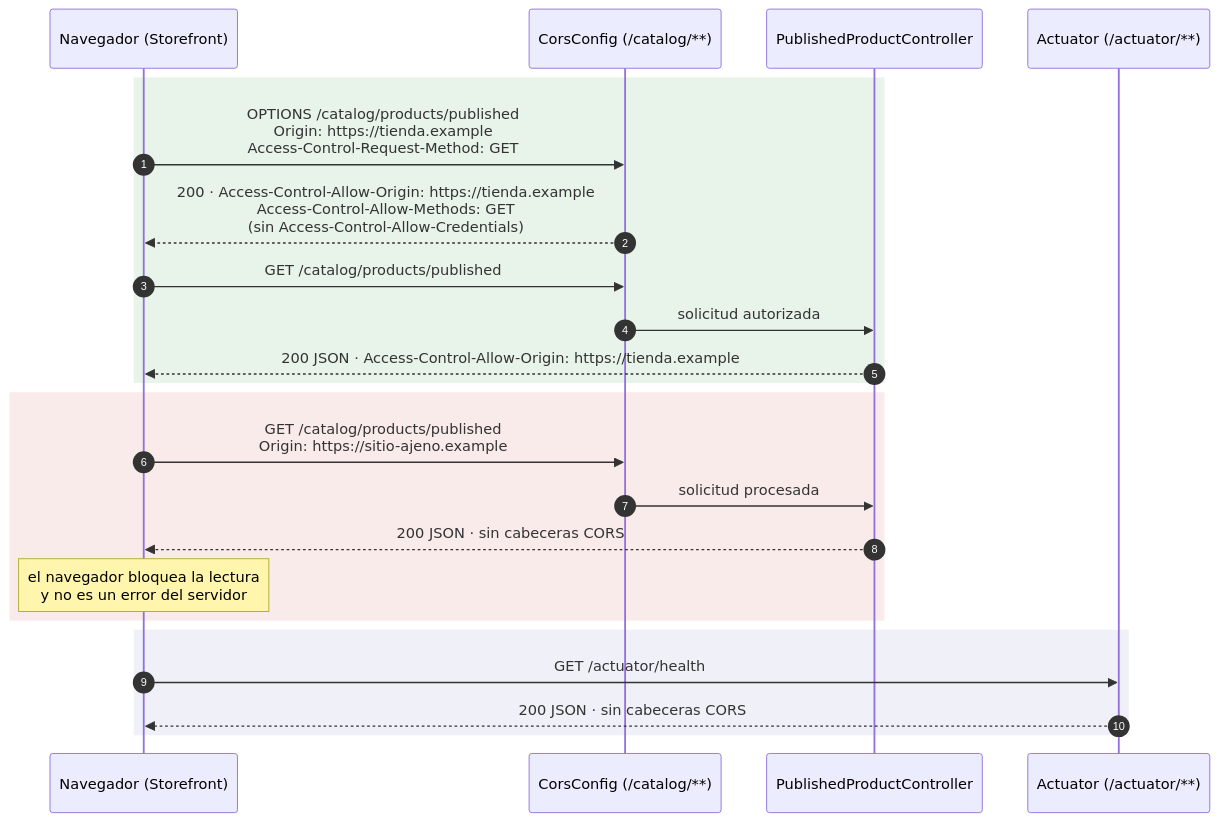
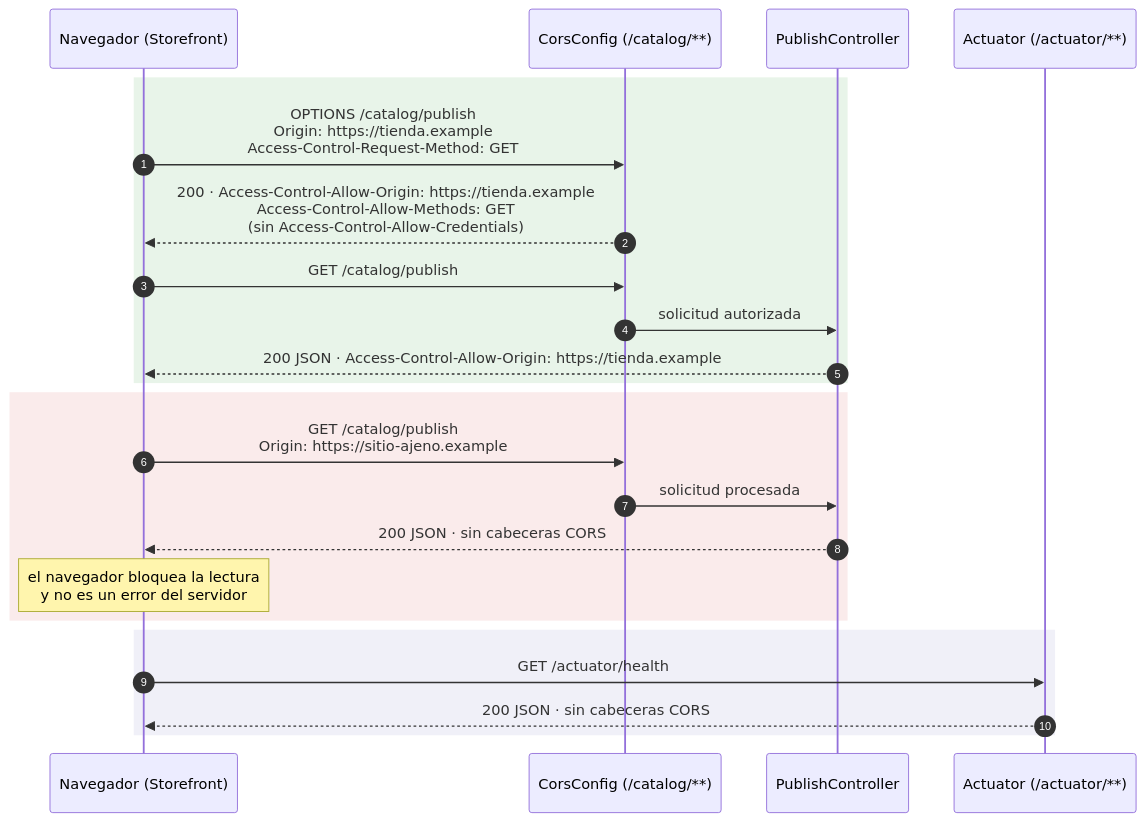
The fourth of 5 diagrams in specs/002-published-products-storefront/uml.md (Dariosoft/fes-catalog-api), drawn with Mermaid before and after one commit. The commit also changed other lines of this file and 12 other files, not shown here.

First line of the commit message:
refactor: publish every controller under the /catalog prefix

````diff
--- a/specs/002-published-products-storefront/uml.md
+++ b/specs/002-published-products-storefront/uml.md
@@ -311,28 +311,28 @@
 ```mermaid
 sequenceDiagram
   autonumber
   participant B as Navegador (Storefront)
   participant CFG as CorsConfig (/catalog/**)
-  participant C as PublishedProductController
+  participant C as PublishController
   participant A as Actuator (/actuator/**)
 
   rect rgb(232, 244, 233)
-    B->>CFG: OPTIONS /catalog/products/published<br/>Origin: https://tienda.example<br/>Access-Control-Request-Method: GET
+    B->>CFG: OPTIONS /catalog/publish<br/>Origin: https://tienda.example<br/>Access-Control-Request-Method: GET
     CFG-->>B: 200 · Access-Control-Allow-Origin: https://tienda.example<br/>Access-Control-Allow-Methods: GET<br/>(sin Access-Control-Allow-Credentials)
-    B->>CFG: GET /catalog/products/published
+    B->>CFG: GET /catalog/publish
     CFG->>C: solicitud autorizada
     C-->>B: 200 JSON · Access-Control-Allow-Origin: https://tienda.example
   end
 
   rect rgb(250, 235, 235)
-    B->>CFG: GET /catalog/products/published<br/>Origin: https://sitio-ajeno.example
+    B->>CFG: GET /catalog/publish<br/>Origin: https://sitio-ajeno.example
     CFG->>C: solicitud procesada
     C-->>B: 200 JSON · sin cabeceras CORS
     Note over B: el navegador bloquea la lectura<br/>y no es un error del servidor
   end
 
   rect rgb(240, 240, 248)
     B->>A: GET /actuator/health
     A-->>B: 200 JSON · sin cabeceras CORS
   end
 ```
````
